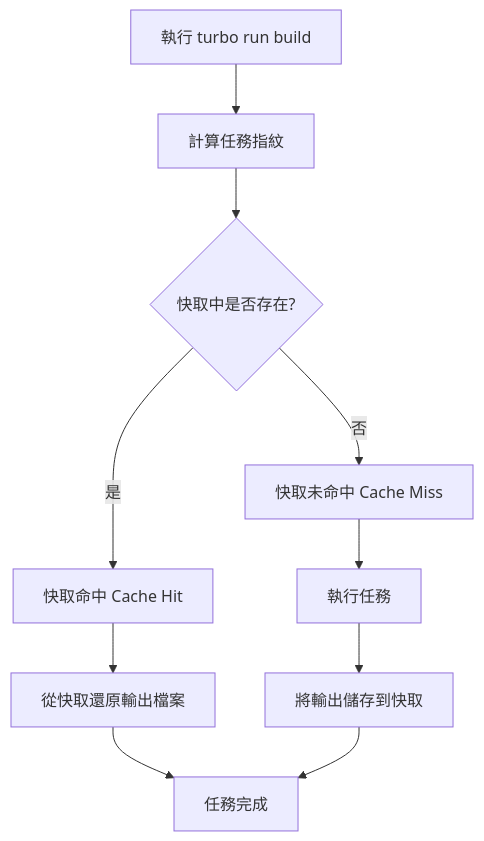
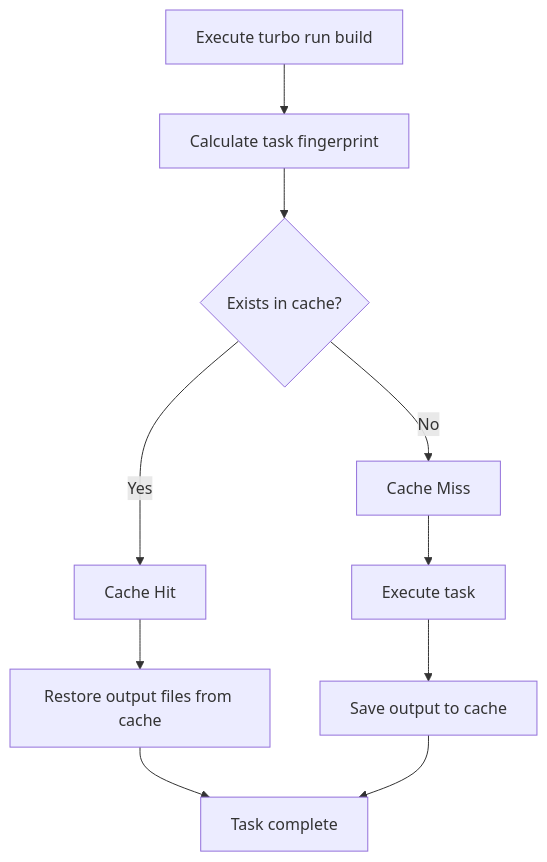
The first of 5 diagrams in turborepo-guide.md (BardKidd/EasyAccounting), drawn with Mermaid before and after one commit. The commit also changed other lines of this file and 15 other files, not shown here.

````diff
--- a/turborepo-guide.md
+++ b/turborepo-guide.md
@@ -101,12 +101,12 @@
 ```mermaid
 flowchart TD
-    A[執行 turbo run build] --> B[計算任務指紋]
-    B --> C{快取中是否存在?}
-    C -->|是| D[快取命中 Cache Hit]
-    C -->|否| E[快取未命中 Cache Miss]
-    D --> F[從快取還原輸出檔案]
-    E --> G[執行任務]
-    G --> H[將輸出儲存到快取]
-    F --> I[任務完成]
+    A[Execute turbo run build] --> B[Calculate task fingerprint]
+    B --> C{Exists in cache?}
+    C -->|Yes| D[Cache Hit]
+    C -->|No| E[Cache Miss]
+    D --> F[Restore output files from cache]
+    E --> G[Execute task]
+    G --> H[Save output to cache]
+    F --> I[Task complete]
     H --> I
 ```
````
